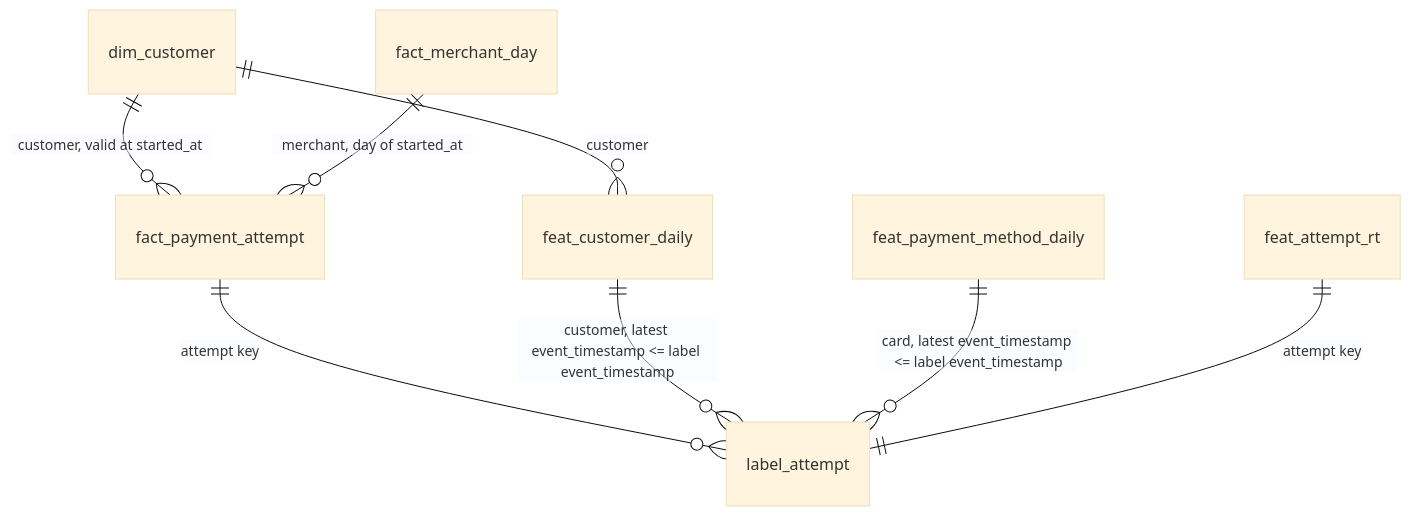
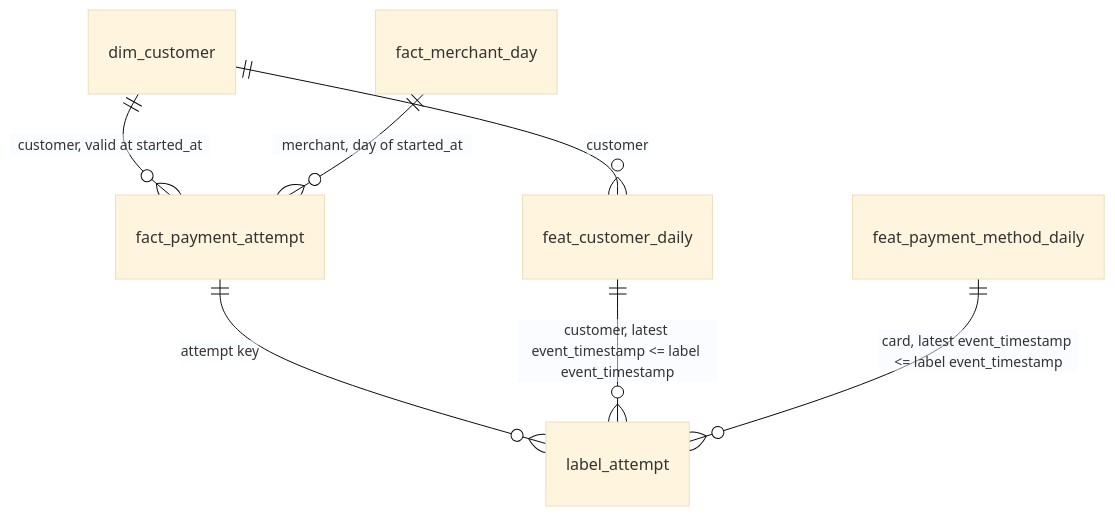
Before and after one commit to phuchoang2603/payment-gateway-fraud-detection: the second of 2 diagrams in docs/data/offline.md, drawn with Mermaid (base theme). The commit also changed other lines of this file and 14 other files, not shown here.

````diff
--- a/docs/data/offline.md
+++ b/docs/data/offline.md
@@ -106,10 +106,9 @@
 ```mermaid
 erDiagram
     dim_customer ||--o{ fact_payment_attempt : "customer, valid at started_at"
     fact_merchant_day ||--o{ fact_payment_attempt : "merchant, day of started_at"
     fact_payment_attempt ||--o{ label_attempt : "attempt key"
     feat_customer_daily ||--o{ label_attempt : "customer, latest event_timestamp <= label event_timestamp"
     feat_payment_method_daily ||--o{ label_attempt : "card, latest event_timestamp <= label event_timestamp"
-    feat_attempt_rt ||--|| label_attempt : "attempt key"
     dim_customer ||--o{ feat_customer_daily : "customer"
 ```
````
